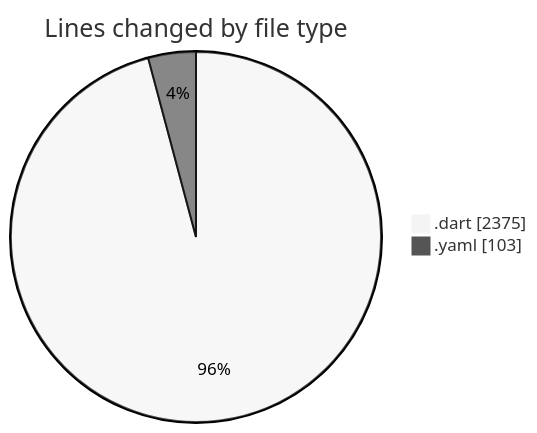
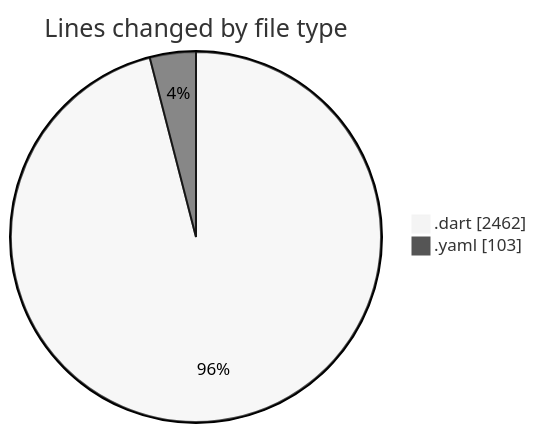
The first of 2 diagrams in 2025-02-25/trackers_app/README.md (donsfak/code-tracking), drawn with Mermaid (neutral theme) before and after one commit. The commit also changed other lines of this file and 1 other file, not shown here.

````diff
--- a/2025-02-25/trackers_app/README.md
+++ b/2025-02-25/trackers_app/README.md
@@ -32,6 +33,6 @@
 ```mermaid
 pie showData
 title Lines changed by file type
-".dart" : 2375
+".dart" : 2462
 ".yaml" : 103
 ```
````
